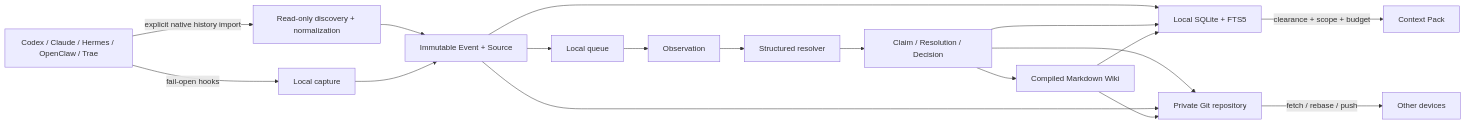
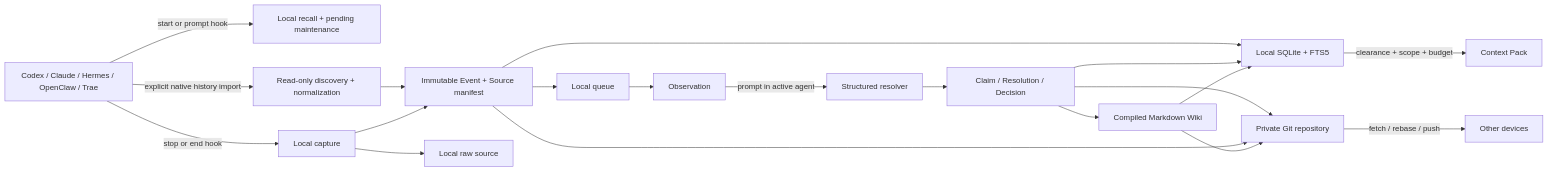
The diagram in docs/context-hub-architecture.md (deweyou/harness), drawn with Mermaid before and after one commit. The commit also changed other lines of this file and 30 other files, not shown here.

Commit message:
feat(brain): finalize agent-lifecycle hooks and apply flow

````diff
--- a/docs/context-hub-architecture.md
+++ b/docs/context-hub-architecture.md
@@ -3,20 +3,22 @@
 ```mermaid
 flowchart LR
-  A["Codex / Claude / Hermes / OpenClaw / Trae"] -->|"fail-open hooks"| B["Local capture"]
+  A["Codex / Claude / Hermes / OpenClaw / Trae"] -->|"start or prompt hook"| R["Local recall + pending maintenance"]
+  A -->|"stop or end hook"| B["Local capture"]
   A -->|"explicit native history import"| M["Read-only discovery + normalization"]
   M --> C
-  B --> C["Immutable Event + Source"]
+  B --> C["Immutable Event + Source manifest"]
+  B --> Q["Local raw source"]
   C --> D["Local queue"]
   D --> E["Observation"]
-  E --> F["Structured resolver"]
+  E -->|"prompt in active agent"| F["Structured resolver"]
   F --> G["Claim / Resolution / Decision"]
   G --> H["Compiled Markdown Wiki"]
   C --> I["Local SQLite + FTS5"]
   G --> I
   H --> I
   I -->|"clearance + scope + budget"| J["Context Pack"]
   G --> K["Private Git repository"]
   C --> K
   H --> K
   K -->|"fetch / rebase / push"| L["Other devices"]
 ```
````
